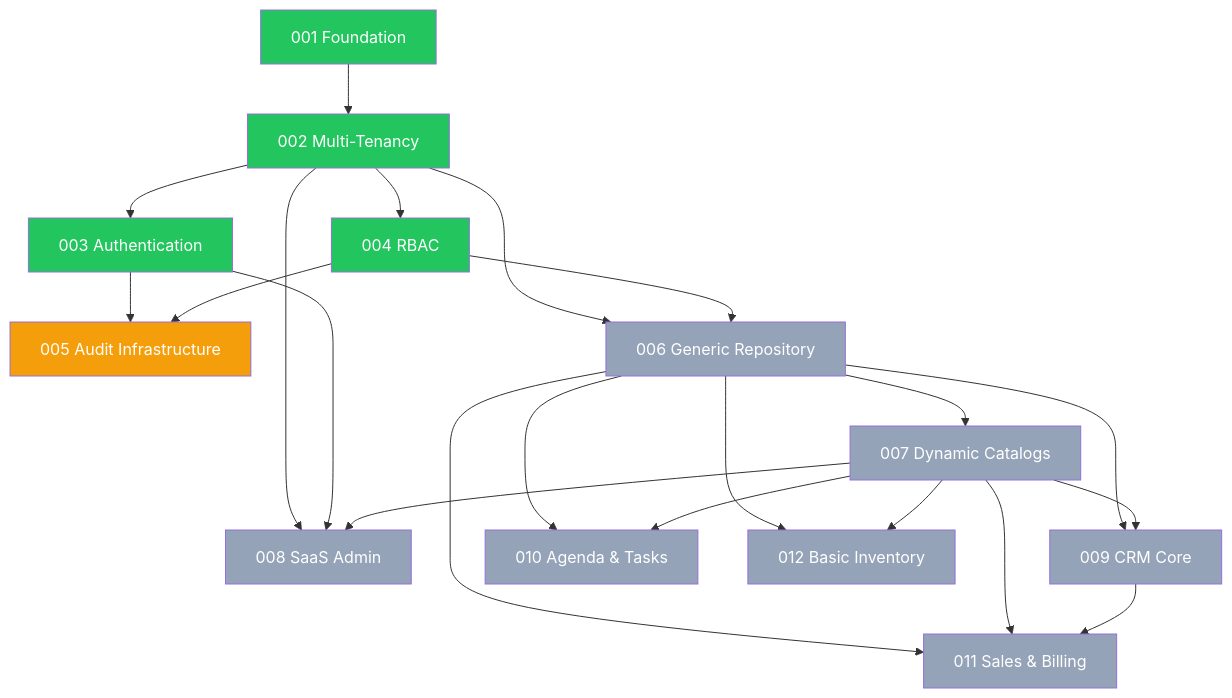
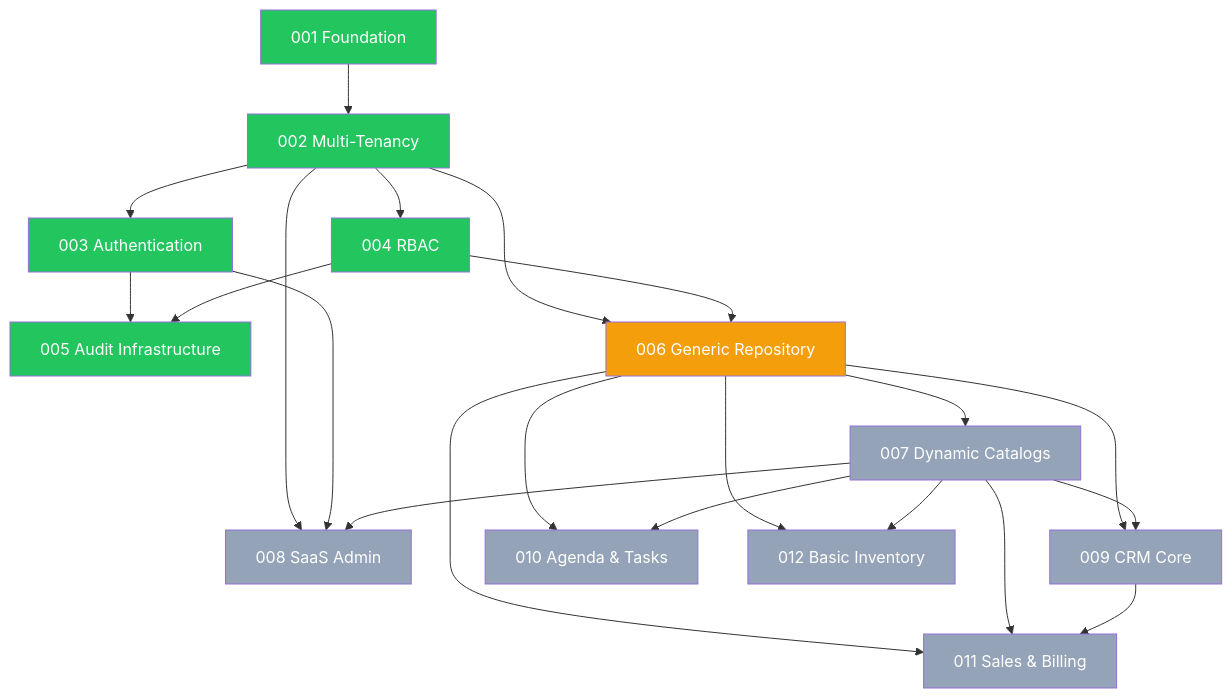
Before and after one commit to henrytaby/uyuni-backend-nestjs-saas: the diagram in docs/STATUS.md, drawn with Mermaid. The commit also changed other lines of this file and 39 other files, not shown here.

````diff
--- a/docs/STATUS.md
+++ b/docs/STATUS.md
@@ -76,36 +78,36 @@
 ```mermaid
 graph TD
     A[001 Foundation] --> B[002 Multi-Tenancy]
     B --> C[003 Authentication]
     B --> D[004 RBAC]
     C --> E[005 Audit Infrastructure]
     D --> E
     B --> F[006 Generic Repository]
     D --> F
     F --> G[007 Dynamic Catalogs]
     B --> H[008 SaaS Admin]
     C --> H
     G --> H
     F --> I[009 CRM Core]
     G --> I
     F --> J[010 Agenda & Tasks]
     G --> J
     F --> K[011 Sales & Billing]
     G --> K
     I --> K
     F --> L[012 Basic Inventory]
     G --> L
 
     style A fill:#22c55e,color:#fff
     style B fill:#22c55e,color:#fff
     style C fill:#22c55e,color:#fff
     style D fill:#22c55e,color:#fff
-    style E fill:#f59e0b,color:#fff
-    style F fill:#94a3b8,color:#fff
+    style E fill:#22c55e,color:#fff
+    style F fill:#f59e0b,color:#fff
     style G fill:#94a3b8,color:#fff
     style H fill:#94a3b8,color:#fff
     style I fill:#94a3b8,color:#fff
     style J fill:#94a3b8,color:#fff
     style K fill:#94a3b8,color:#fff
     style L fill:#94a3b8,color:#fff
 ```
````
